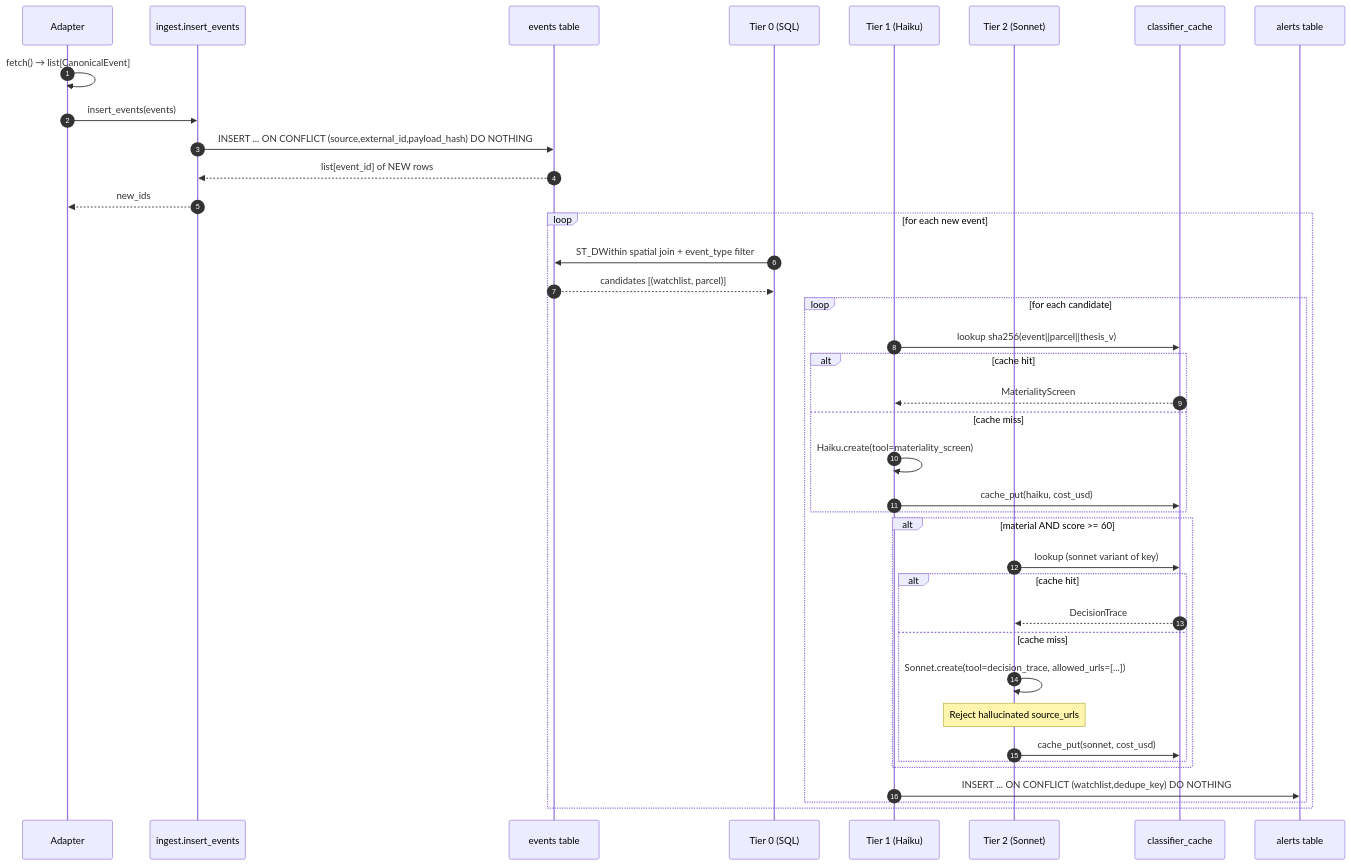
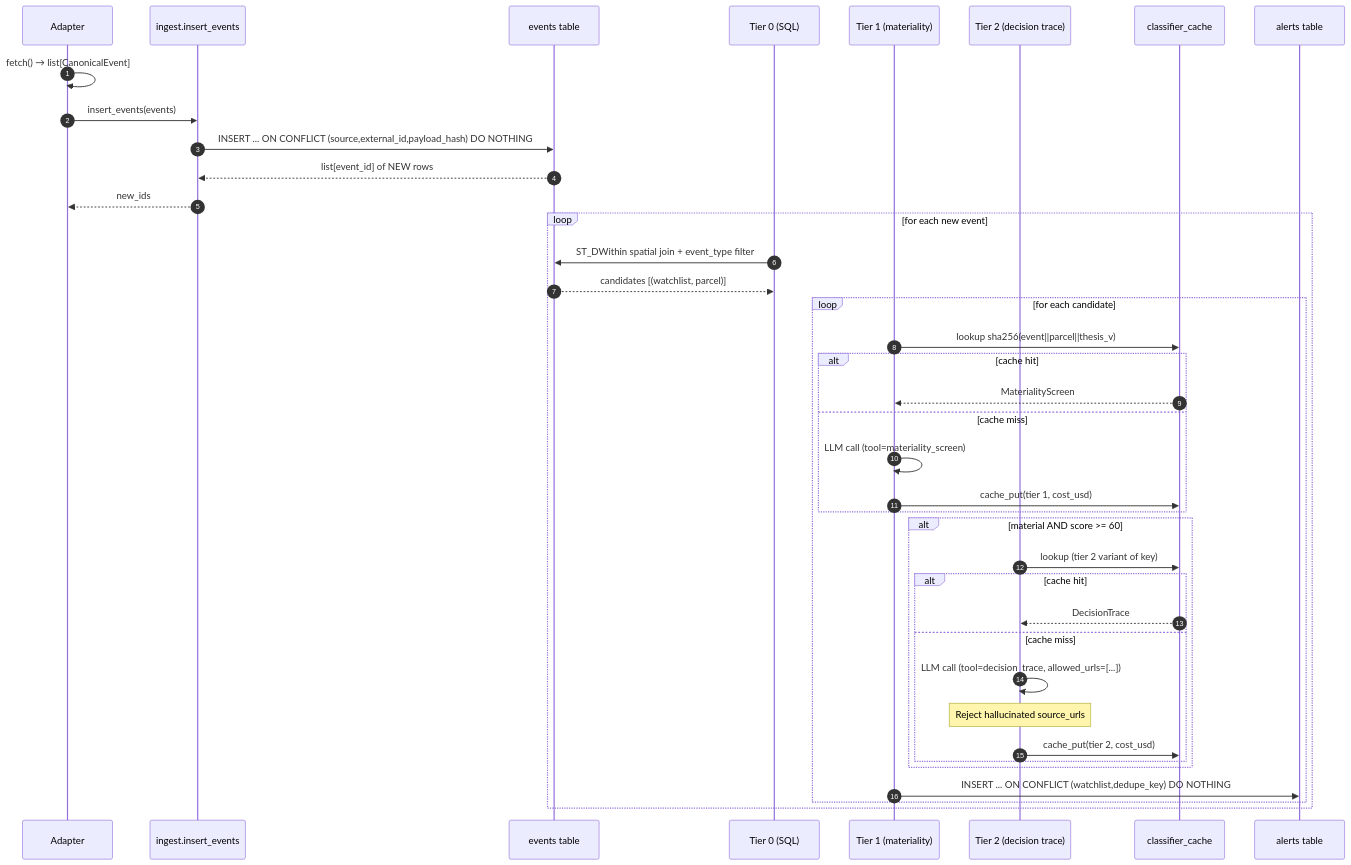
Before and after one commit to krish1236/Prophetic-ParcelPulse: the second of 3 diagrams in README.md, drawn with Mermaid. The commit also changed other lines of this file and 4 other files, not shown here.

````diff
--- a/README.md
+++ b/README.md
@@ -97,46 +96,46 @@
 ```mermaid
 sequenceDiagram
     autonumber
     participant ADP as Adapter
     participant ING as ingest.insert_events
     participant DB as events table
     participant T0 as Tier 0 (SQL)
-    participant T1 as Tier 1 (Haiku)
-    participant T2 as Tier 2 (Sonnet)
+    participant T1 as Tier 1 (materiality)
+    participant T2 as Tier 2 (decision trace)
     participant CACHE as classifier_cache
     participant AL as alerts table
 
     ADP->>ADP: fetch() → list[CanonicalEvent]
     ADP->>ING: insert_events(events)
     ING->>DB: INSERT ... ON CONFLICT (source,external_id,payload_hash) DO NOTHING
     DB-->>ING: list[event_id] of NEW rows
     ING-->>ADP: new_ids
 
     loop for each new event
         T0->>DB: ST_DWithin spatial join + event_type filter
         DB-->>T0: candidates [(watchlist, parcel)]
 
         loop for each candidate
             T1->>CACHE: lookup sha256(event||parcel||thesis_v)
             alt cache hit
                 CACHE-->>T1: MaterialityScreen
             else cache miss
-                T1->>T1: Haiku.create(tool=materiality_screen)
-                T1->>CACHE: cache_put(haiku, cost_usd)
+                T1->>T1: LLM call (tool=materiality_screen)
+                T1->>CACHE: cache_put(tier 1, cost_usd)
             end
 
             alt material AND score >= 60
-                T2->>CACHE: lookup (sonnet variant of key)
+                T2->>CACHE: lookup (tier 2 variant of key)
                 alt cache hit
                     CACHE-->>T2: DecisionTrace
                 else cache miss
-                    T2->>T2: Sonnet.create(tool=decision_trace, allowed_urls=[...])
+                    T2->>T2: LLM call (tool=decision_trace, allowed_urls=[...])
                     Note over T2: Reject hallucinated source_urls
-                    T2->>CACHE: cache_put(sonnet, cost_usd)
+                    T2->>CACHE: cache_put(tier 2, cost_usd)
                 end
             end
 
             T1->>AL: INSERT ... ON CONFLICT (watchlist,dedupe_key) DO NOTHING
         end
     end
 ```
````
